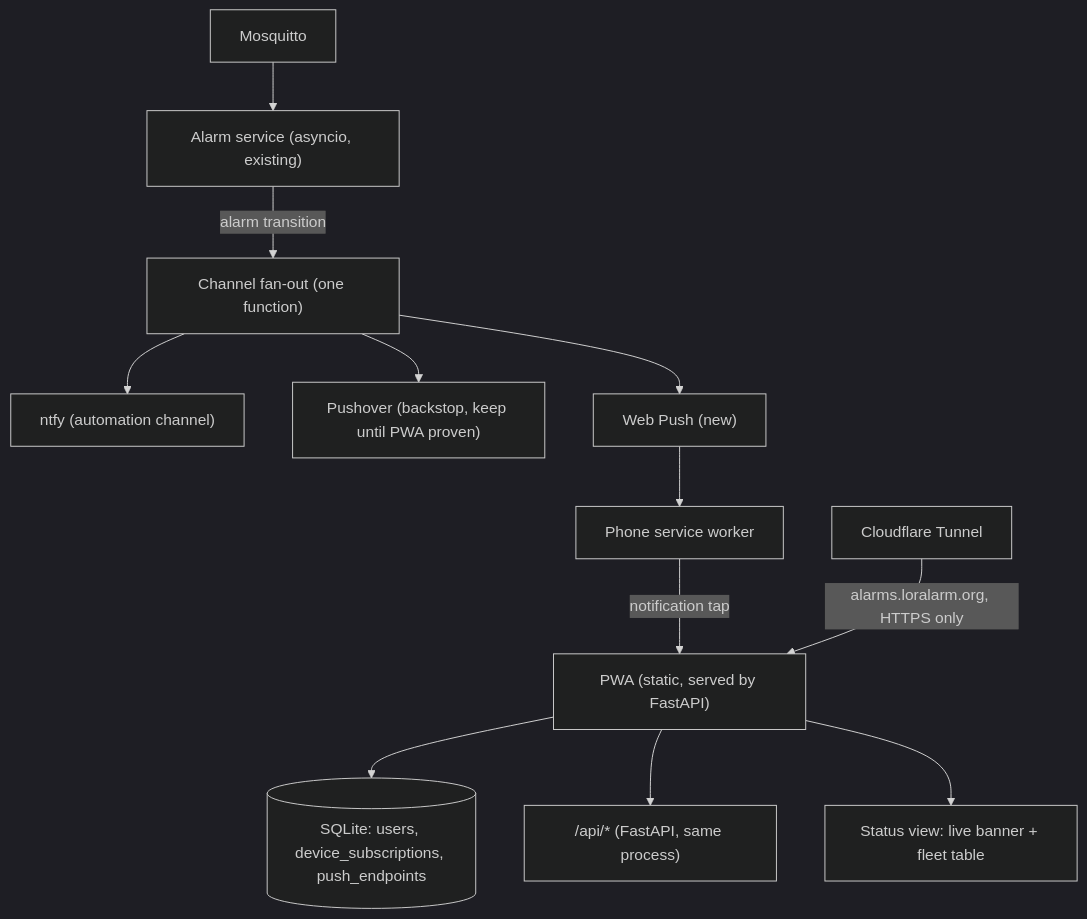
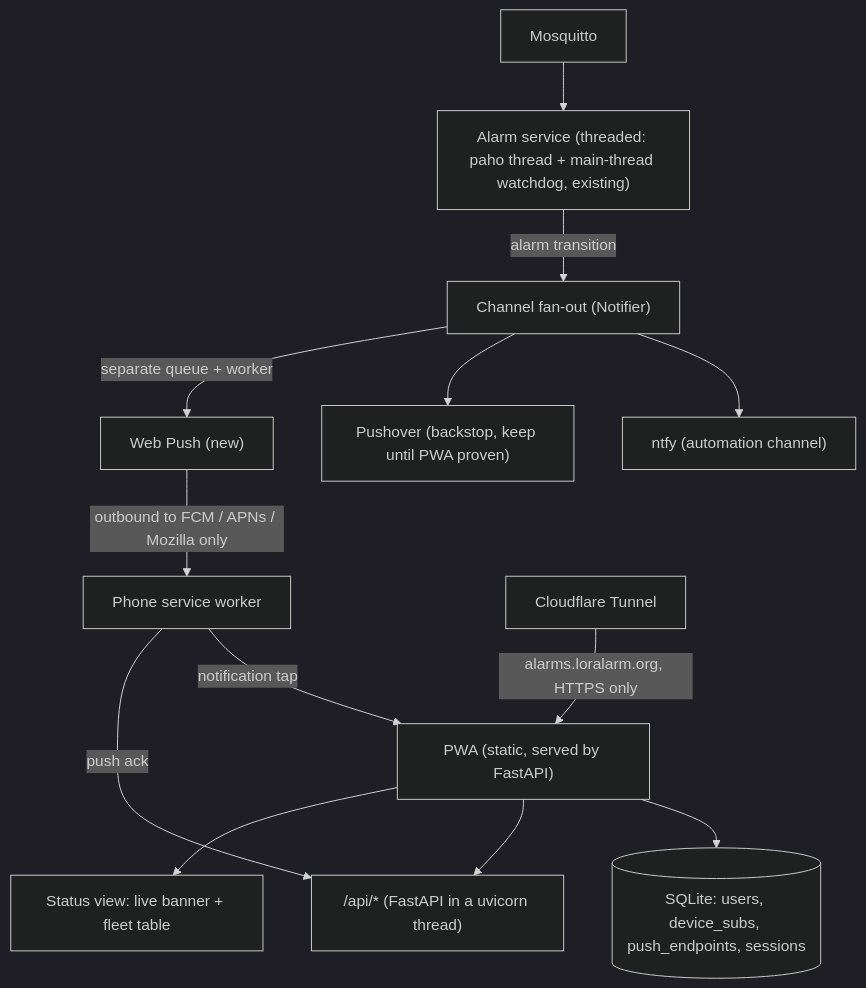
One commit to tompatulpan/loralarm.org changed the diagram in PWA/docs/pwa-design.md. Above: the diagram before and after it, drawn with Mermaid (dark theme). The commit also changed other lines of this file and 1 other file, not shown here.

Commit message:
Update PWA mockup: adjust phone height, refine status and notification descriptions, and enhance user interface elements

````diff
--- a/PWA/docs/pwa-design.md
+++ b/PWA/docs/pwa-design.md
@@ -20,14 +24,15 @@
 ```mermaid
 flowchart TD
-  MQ["Mosquitto"] --> PY["Alarm service (asyncio, existing)"]
-  PY -->|"alarm transition"| CH["Channel fan-out (one function)"]
+  MQ["Mosquitto"] --> PY["Alarm service (threaded: paho thread + main-thread watchdog, existing)"]
+  PY -->|"alarm transition"| CH["Channel fan-out (Notifier)"]
   CH --> N["ntfy (automation channel)"]
   CH --> P["Pushover (backstop, keep until PWA proven)"]
-  CH --> W["Web Push (new)"]
-  W --> PH["Phone service worker"]
-  AP["PWA (static, served by FastAPI)"] --> SUB[("SQLite: users, device_subscriptions, push_endpoints")]
-  AP --> API["/api/* (FastAPI, same process)"]
+  CH -->|"separate queue + worker"| W["Web Push (new)"]
+  W -->|"outbound to FCM / APNs / Mozilla only"| PH["Phone service worker"]
+  AP["PWA (static, served by FastAPI)"] --> SUB[("SQLite: users, device_subs, push_endpoints, sessions")]
+  AP --> API["/api/* (FastAPI in a uvicorn thread)"]
   AP --> ST["Status view: live banner + fleet table"]
   PH -->|"notification tap"| AP
+  PH -->|"push ack"| API
   CF["Cloudflare Tunnel"] -->|"alarms.loralarm.org, HTTPS only"| AP
 ```
````
